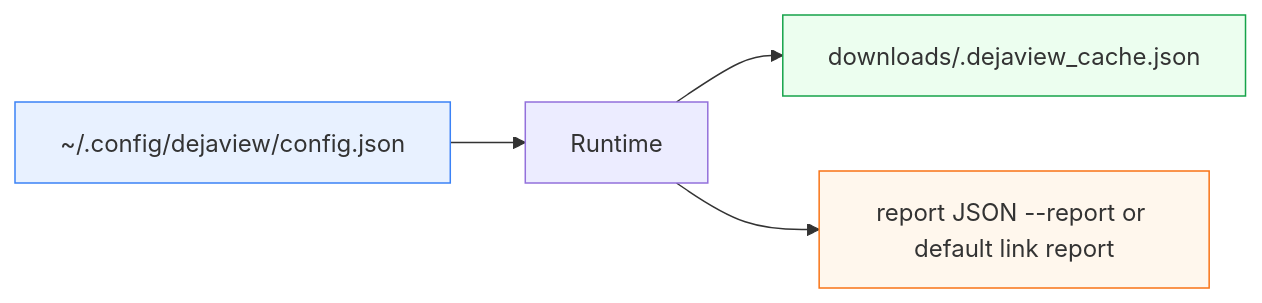
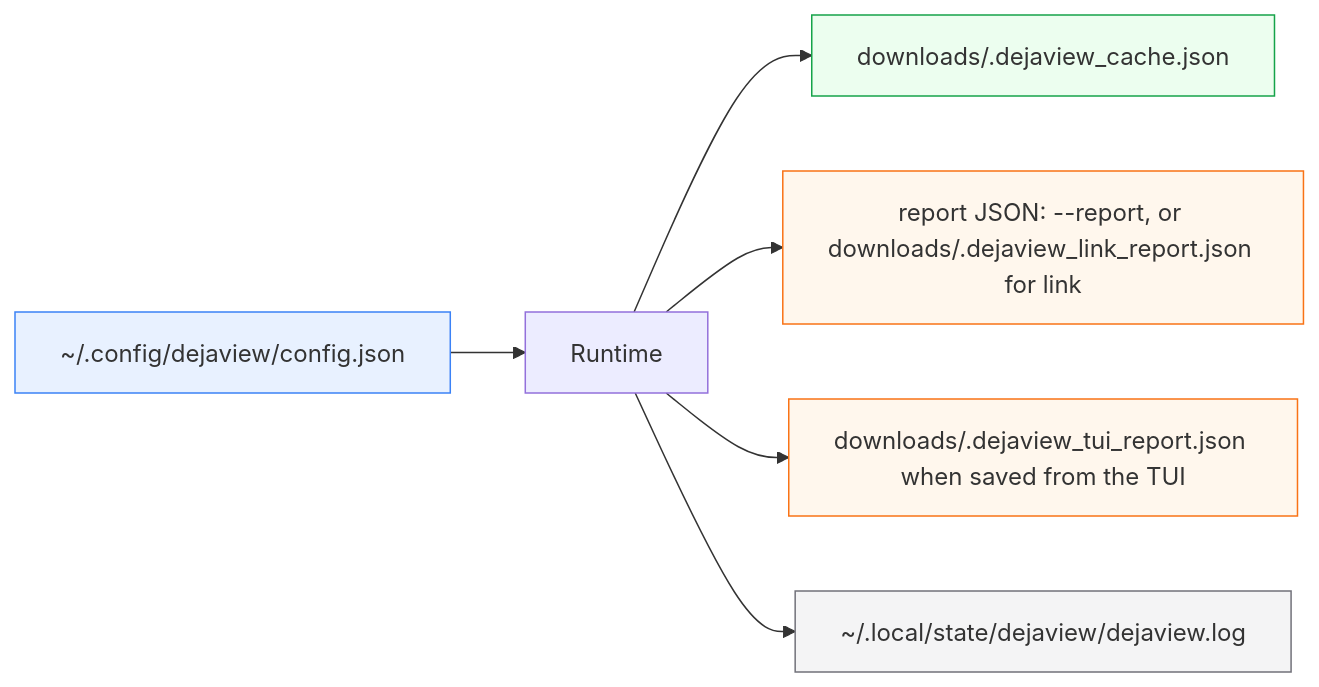
The fifth of 6 diagrams in docs/HOW_IT_WORKS.md (BattermanZ/DejaView), drawn with Mermaid before and after one commit. The commit also changed other lines of this file and 1 other file, not shown here.

````diff
--- a/docs/HOW_IT_WORKS.md
+++ b/docs/HOW_IT_WORKS.md
@@ -90,10 +115,13 @@
 ```mermaid
 flowchart LR
     A[~/.config/dejaview/config.json]:::cfg --> B[Runtime]
     B --> C[downloads/.dejaview_cache.json]:::cache
-    B --> D[report JSON --report or default link report]:::report
+    B --> D[report JSON: --report, or downloads/.dejaview_link_report.json for link]:::report
+    B --> E[downloads/.dejaview_tui_report.json when saved from the TUI]:::report
+    B --> F[~/.local/state/dejaview/dejaview.log]:::log
 
     classDef cfg fill:#e8f1ff,stroke:#3b82f6,stroke-width:1px;
     classDef cache fill:#ecfeef,stroke:#16a34a,stroke-width:1px;
     classDef report fill:#fff7ed,stroke:#f97316,stroke-width:1px;
+    classDef log fill:#f4f4f5,stroke:#71717a,stroke-width:1px;
 ```
````
